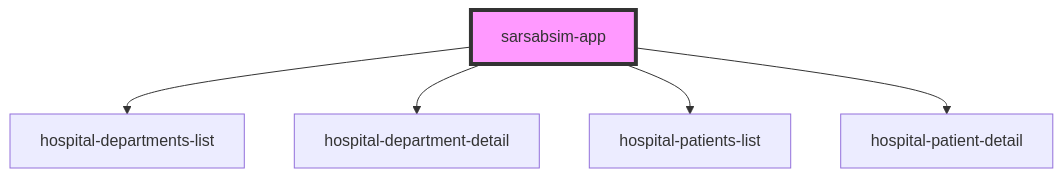
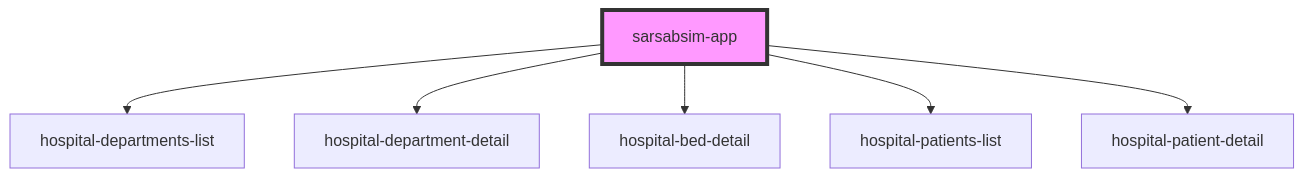
One commit to JSimko4/sarsabsim-ufe changed the diagram in src/components/sarsabsim-app/readme.md. Above: the diagram before and after it, drawn with Mermaid. The commit also changed other lines of this file and 5 other files, not shown here.

Commit message:
adding bed a patient detail

````diff
--- a/src/components/sarsabsim-app/readme.md
+++ b/src/components/sarsabsim-app/readme.md
@@ -18,8 +19,9 @@
 ```mermaid
 graph TD;
   sarsabsim-app --> hospital-departments-list
   sarsabsim-app --> hospital-department-detail
+  sarsabsim-app --> hospital-bed-detail
   sarsabsim-app --> hospital-patients-list
   sarsabsim-app --> hospital-patient-detail
   style sarsabsim-app fill:#f9f,stroke:#333,stroke-width:4px
 ```
````
